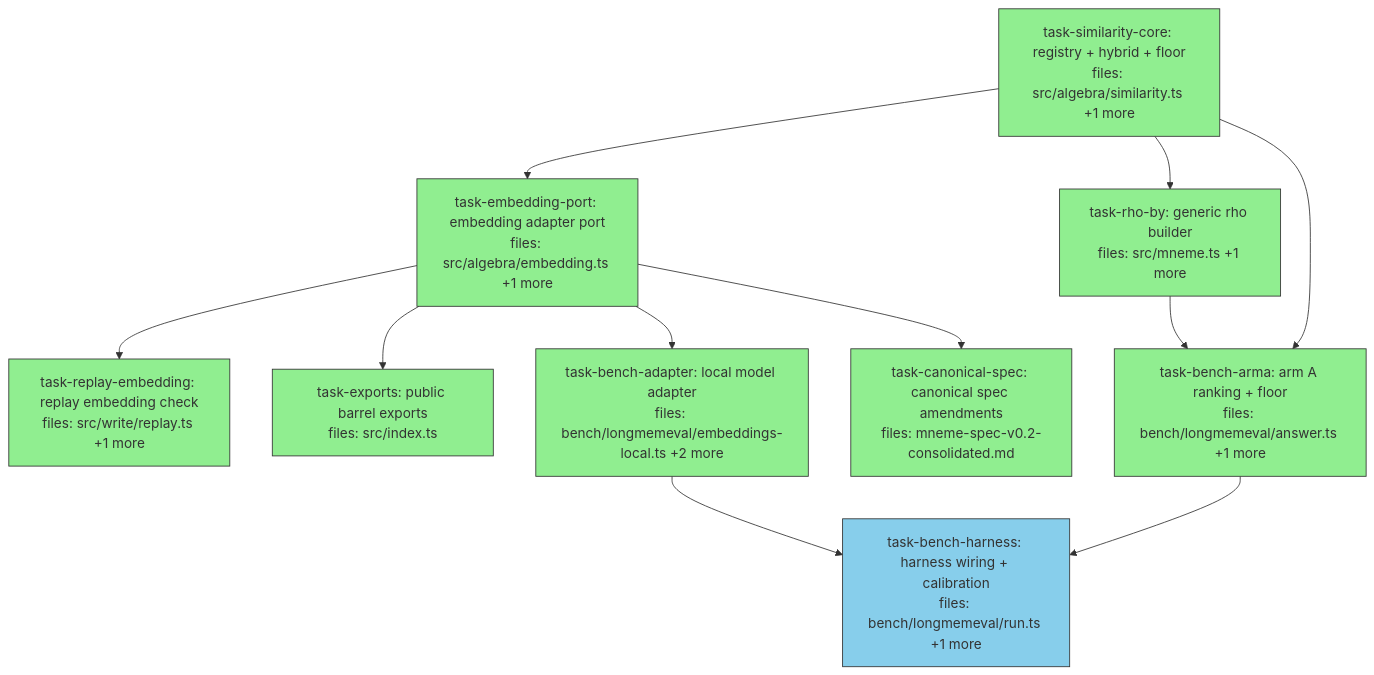
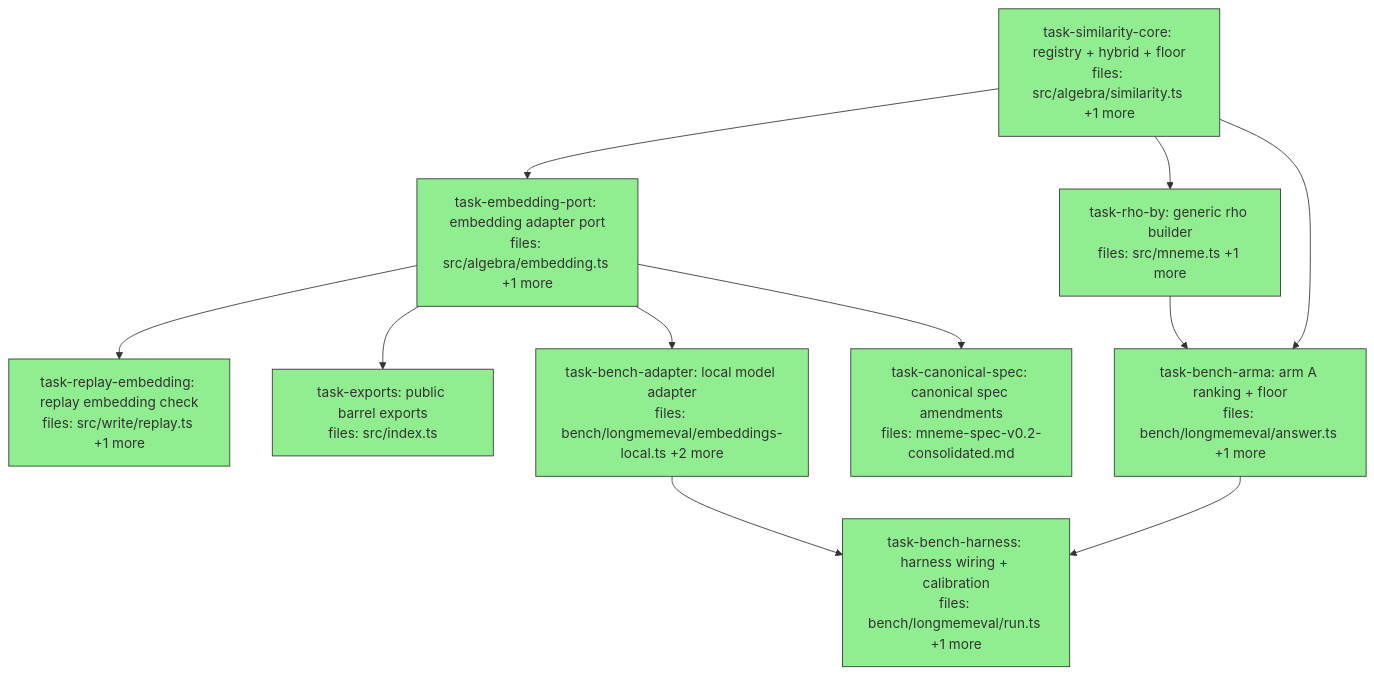
Before and after one commit to BrettNye/Mneme: the diagram in docs/superpowers/plans/2026-06-05-similarity-slice-dag.md, drawn with Mermaid. The commit also changed other lines of this file and 1 other file, not shown here.

Commit message:
docs(plan+spec): similarity-slice complete (11/11 incl. amendment tasks); final calibration recorded

````diff
--- a/docs/superpowers/plans/2026-06-05-similarity-slice-dag.md
+++ b/docs/superpowers/plans/2026-06-05-similarity-slice-dag.md
@@ -6,29 +6,29 @@
 ```mermaid
 flowchart TD
     task-similarity-core["task-similarity-core: registry + hybrid + floor<br/>files: src/algebra/similarity.ts +1 more"]:::done
     task-embedding-port["task-embedding-port: embedding adapter port<br/>files: src/algebra/embedding.ts +1 more"]:::done
     task-rho-by["task-rho-by: generic rho builder<br/>files: src/mneme.ts +1 more"]:::done
     task-replay-embedding["task-replay-embedding: replay embedding check<br/>files: src/write/replay.ts +1 more"]:::done
     task-exports["task-exports: public barrel exports<br/>files: src/index.ts"]:::done
     task-bench-adapter["task-bench-adapter: local model adapter<br/>files: bench/longmemeval/embeddings-local.ts +2 more"]:::done
     task-bench-arma["task-bench-arma: arm A ranking + floor<br/>files: bench/longmemeval/answer.ts +1 more"]:::done
-    task-bench-harness["task-bench-harness: harness wiring + calibration<br/>files: bench/longmemeval/run.ts +1 more"]:::running
+    task-bench-harness["task-bench-harness: harness wiring + calibration<br/>files: bench/longmemeval/run.ts +1 more"]:::done
     task-canonical-spec["task-canonical-spec: canonical spec amendments<br/>files: mneme-spec-v0.2-consolidated.md"]:::done
 
     task-similarity-core --> task-embedding-port
     task-similarity-core --> task-rho-by
     task-similarity-core --> task-bench-arma
     task-embedding-port --> task-replay-embedding
     task-embedding-port --> task-exports
     task-embedding-port --> task-bench-adapter
     task-embedding-port --> task-canonical-spec
     task-rho-by --> task-bench-arma
     task-bench-arma --> task-bench-harness
     task-bench-adapter --> task-bench-harness
 
     classDef done fill:#90ee90,stroke:#333
     classDef ready fill:#fffacd,stroke:#333
     classDef running fill:#87ceeb,stroke:#333
     classDef failed fill:#ffb6c1,stroke:#333
     classDef skipped fill:#d3d3d3,stroke:#333,stroke-dasharray: 5 5
 ```
````
